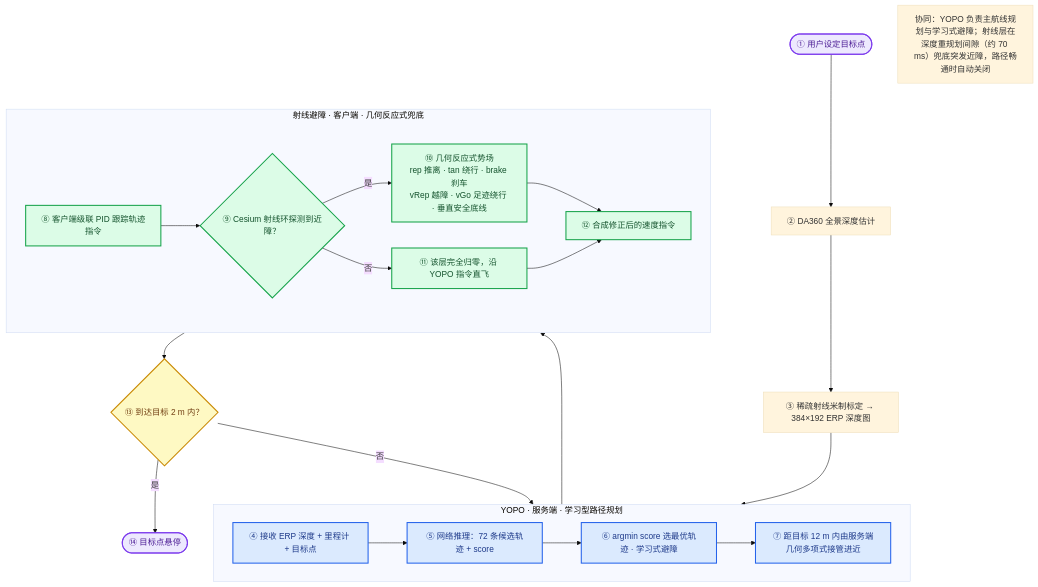
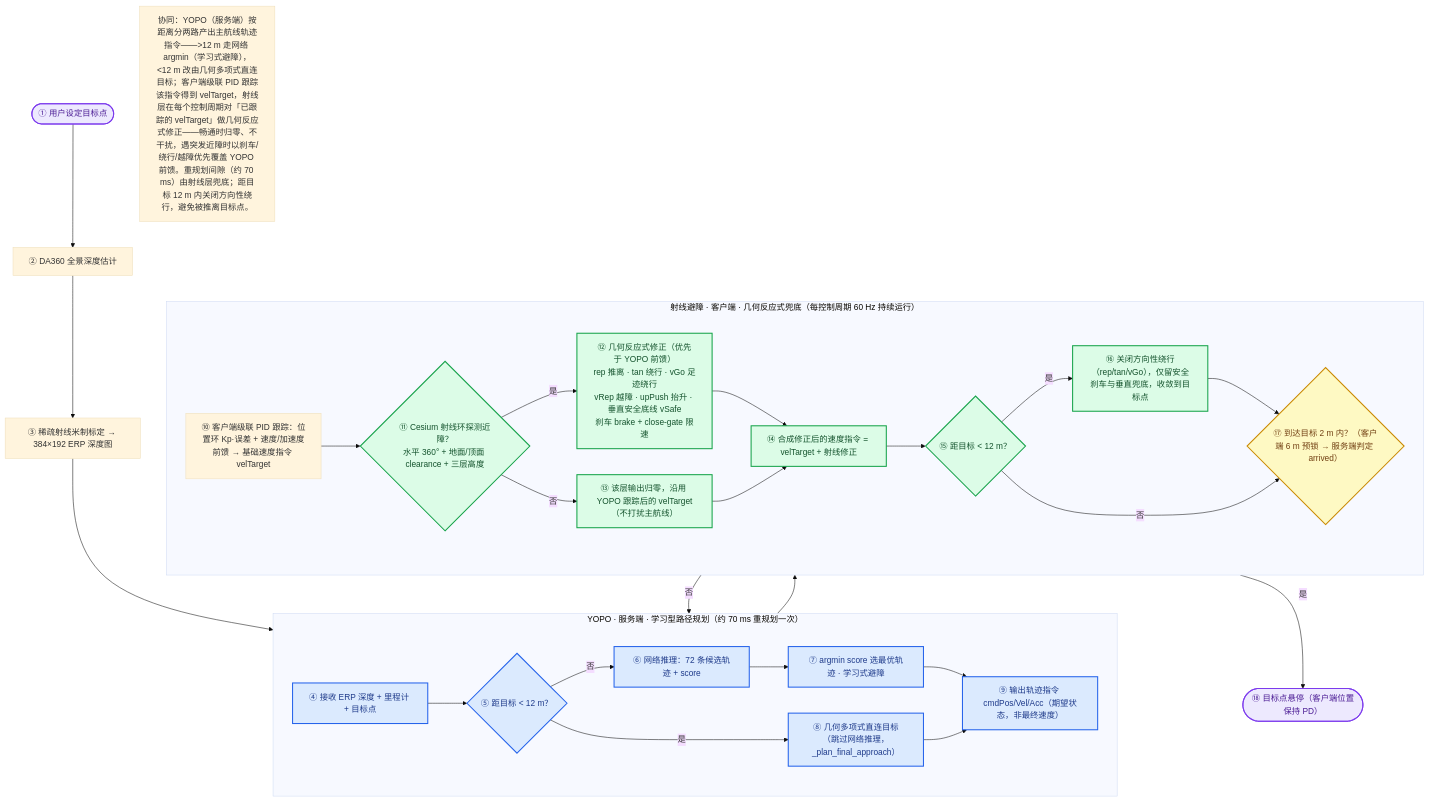
The diagram in README.md (wuuwuu26/MindCloud_World_Fly_Private), drawn with Mermaid (base theme) before and after one commit. The commit also changed 1 other file, not shown here.

Commit message:
docs: 修正导航流程图 YOPO 与射线避障衔接逻辑（12m 分支/同周期修正/两处 12m 区分）

````diff
--- a/README.md
+++ b/README.md
@@ -69,40 +69,47 @@
 ```mermaid
 flowchart TD
     classDef yopo fill:#dbeafe,stroke:#2563eb,stroke-width:2px,color:#1e3a8a;
     classDef ray fill:#dcfce7,stroke:#16a34a,stroke-width:2px,color:#14532d;
     classDef dec fill:#fef9c3,stroke:#ca8a04,stroke-width:2px,color:#713f12;
     classDef term fill:#ede9fe,stroke:#7c3aed,stroke-width:2px,color:#4c1d95;
 
     Start([① 用户设定目标点]) --> Depth[② DA360 全景深度估计]
     Depth --> Calib[③ 稀疏射线米制标定 → 384×192 ERP 深度图]
     Calib --> YIN
 
-    subgraph YOPO["YOPO · 服务端 · 学习型路径规划"]
+    subgraph YOPO["YOPO · 服务端 · 学习型路径规划（约 70 ms 重规划一次）"]
         direction LR
         YIN[④ 接收 ERP 深度 + 里程计 + 目标点]
-        YIN --> Cands[⑤ 网络推理：72 条候选轨迹 + score]
-        Cands --> Argmin[⑥ argmin score 选最优轨迹 · 学习式避障]
-        Argmin --> Final[⑦ 距目标 12 m 内由服务端几何多项式接管进近]
+        YIN --> Dist{⑤ 距目标 < 12 m？}
+        Dist -->|否| Cands[⑥ 网络推理：72 条候选轨迹 + score]
+        Cands --> Argmin[⑦ argmin score 选最优轨迹 · 学习式避障]
+        Dist -->|是| Poly[⑧ 几何多项式直连目标<br/>（跳过网络推理，_plan_final_approach）]
+        Argmin --> Cmd[⑨ 输出轨迹指令 cmdPos/Vel/Acc（期望状态，非最终速度）]
+        Poly --> Cmd
     end
-    class YIN,Cands,Argmin,Final yopo;
+    class YIN,Dist,Cands,Argmin,Poly,Cmd yopo;
 
-    Final --> Exec[⑧ 客户端级联 PID 跟踪轨迹指令]
+    Cmd --> Track[⑩ 客户端级联 PID 跟踪：位置环 Kp·误差 + 速度/加速度前馈 → 基础速度指令 velTarget]
 
-    subgraph RAY["射线避障 · 客户端 · 几何反应式兜底"]
+    subgraph RAY["射线避障 · 客户端 · 几何反应式兜底（每控制周期 60 Hz 持续运行）"]
         direction LR
-        Exec --> Probe{"⑨ Cesium 射线环探测到近障？"}
-        Probe -->|是| Field["⑩ 几何反应式势场<br/>rep 推离 · tan 绕行 · brake 刹车<br/>vRep 越障 · vGo 足迹绕行 · 垂直安全底线"]
-        Probe -->|否| Straight["⑪ 该层完全归零，沿 YOPO 指令直飞"]
-        Field --> Resume[⑫ 合成修正后的速度指令]
-        Straight --> Resume
+        Track --> Probe{"⑪ Cesium 射线环探测近障？<br/>水平 360° + 地面/顶面 clearance + 三层高度"}
+        Probe -->|是| Field["⑫ 几何反应式修正（优先于 YOPO 前馈）<br/>rep 推离 · tan 绕行 · vGo 足迹绕行<br/>vRep 越障 · upPush 抬升 · 垂直安全底线 vSafe<br/>刹车 brake + close-gate 限速"]
+        Probe -->|否| Zero["⑬ 该层输出归零，沿用 YOPO 跟踪后的 velTarget（不打扰主航线）"]
+        Field --> Synth[⑭ 合成修正后的速度指令 = velTarget + 射线修正]
+        Zero --> Synth
+        Synth --> Near{⑮ 距目标 < 12 m？}
+        Near -->|是| Converge["⑯ 关闭方向性绕行（rep/tan/vGo），仅留安全刹车与垂直兜底，收敛到目标点"]
+        Converge --> Arrive
+        Near -->|否| Arrive
     end
-    class Exec,Probe,Field,Straight,Resume ray;
+    class Probe,Field,Zero,Synth,Near,Converge ray;
 
-    Resume --> Arrive{"⑬ 到达目标 2 m 内？"}
+    Arrive{"⑰ 到达目标 2 m 内？（客户端 6 m 预锁 → 服务端判定 arrived）"}
     Arrive -->|否| YIN
-    Arrive -->|是| End([⑭ 目标点悬停])
+    Arrive -->|是| End([⑱ 目标点悬停（客户端位置保持 PD）])
     class Arrive dec;
     class Start,End term;
 
-    Note["协同：YOPO 负责主航线规划与学习式避障；射线层在深度重规划间隙（约 70 ms）兜底突发近障，路径畅通时自动关闭"]
+    Note["协同：YOPO（服务端）按距离分两路产出主航线轨迹指令——>12 m 走网络 argmin（学习式避障），<12 m 改由几何多项式直连目标；客户端级联 PID 跟踪该指令得到 velTarget，射线层在每个控制周期对「已跟踪的 velTarget」做几何反应式修正——畅通时归零、不干扰，遇突发近障时以刹车/绕行/越障优先覆盖 YOPO 前馈。重规划间隙（约 70 ms）由射线层兜底；距目标 12 m 内关闭方向性绕行，避免被推离目标点。"]
 ```
````
